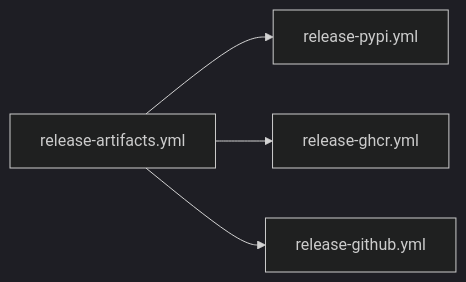
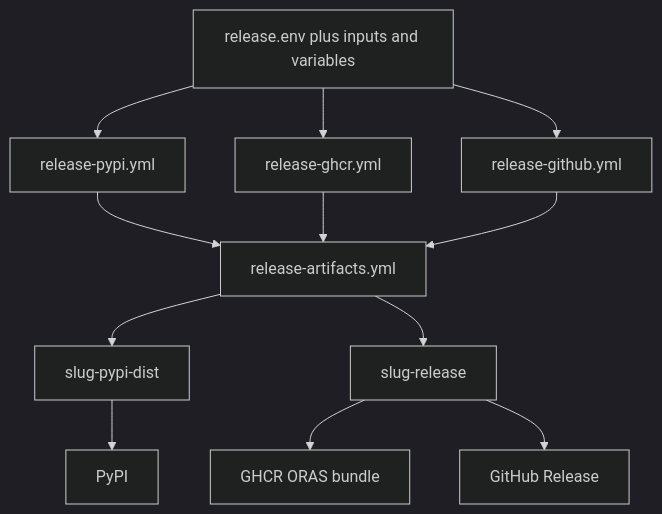
Before and after one commit to bijux/bijux-canon: the diagram in docs/07-bijux-canon-maintain/gh-workflows/release-workflows.md, drawn with Mermaid (dark theme). The commit also changed other lines of this file and 2 other files, not shown here.

````diff
--- a/docs/07-bijux-canon-maintain/gh-workflows/release-workflows.md
+++ b/docs/07-bijux-canon-maintain/gh-workflows/release-workflows.md
@@ -18,11 +17,14 @@
 ```mermaid
-flowchart LR
-    artifacts["release-artifacts.yml"]
-    pypi["release-pypi.yml"]
-    ghcr["release-ghcr.yml"]
-    github["release-github.yml"]
-
-    artifacts --> pypi
-    artifacts --> ghcr
-    artifacts --> github
+flowchart TD
+    E[release.env plus inputs and variables] --> PY[release-pypi.yml]
+    E --> GH[release-ghcr.yml]
+    E --> GR[release-github.yml]
+    PY --> A[release-artifacts.yml]
+    GH --> A
+    GR --> A
+    A --> PD[slug-pypi-dist]
+    A --> RA[slug-release]
+    PD --> P[PyPI]
+    RA --> O[GHCR ORAS bundle]
+    RA --> R[GitHub Release]
 ```
````
